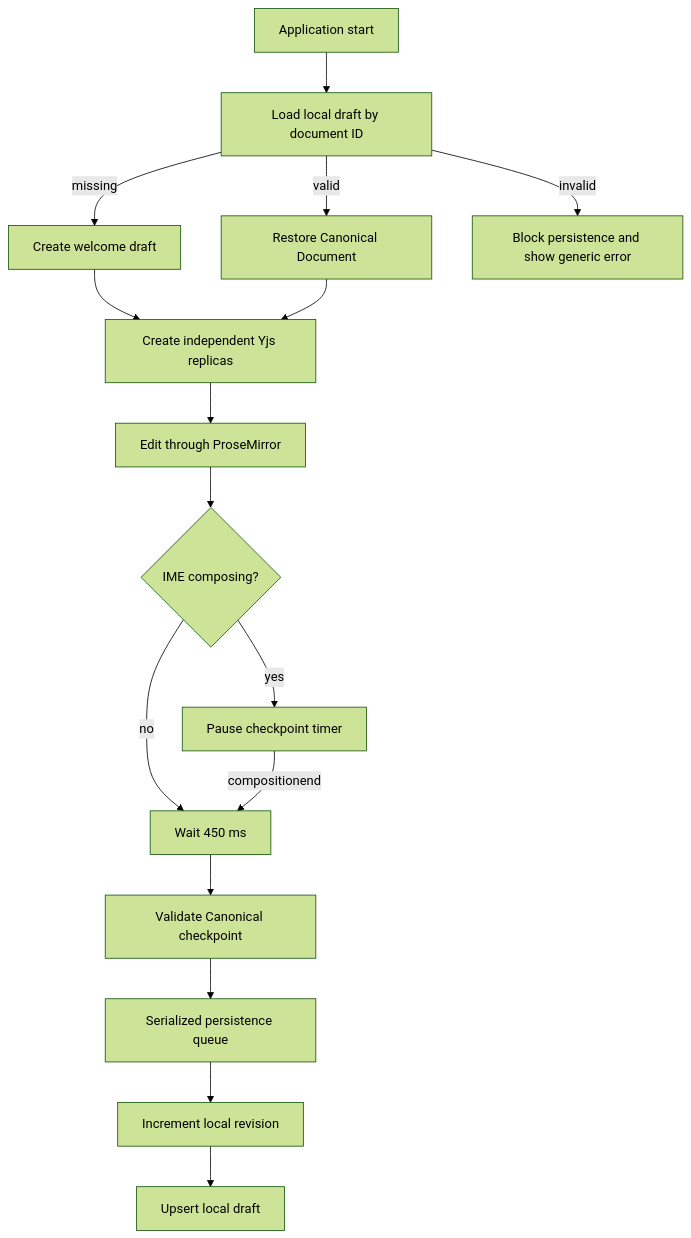
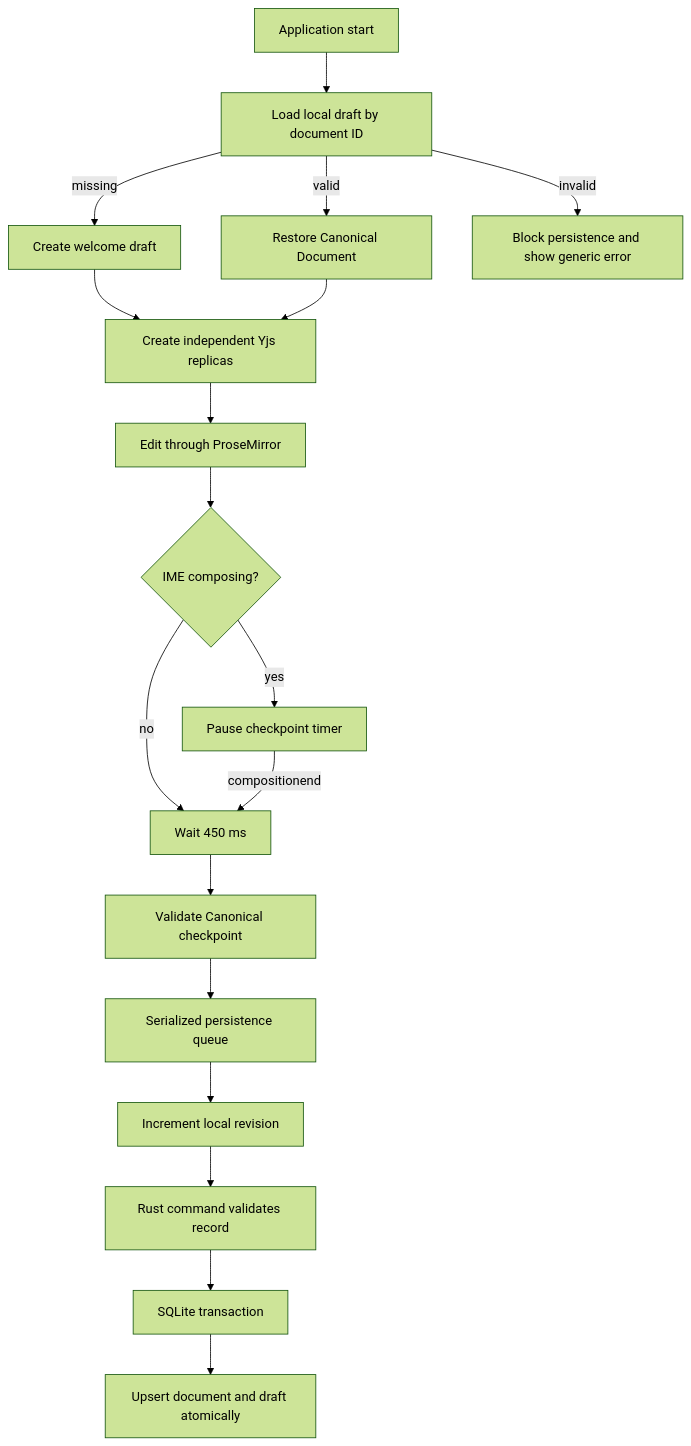
One commit to matsushibadenki/KOMYAKU changed the diagram in docs/architecture/local-draft-recovery.md. Above: the diagram before and after it, drawn with Mermaid (forest theme). The commit also changed other lines of this file and 11 other files, not shown here.

````diff
--- a/docs/architecture/local-draft-recovery.md
+++ b/docs/architecture/local-draft-recovery.md
@@ -18,18 +18,20 @@
 ```mermaid
 flowchart TD
     A[Application start] --> B[Load local draft by document ID]
     B -->|missing| C[Create welcome draft]
     B -->|valid| D[Restore Canonical Document]
     B -->|invalid| E[Block persistence and show generic error]
     C --> F[Create independent Yjs replicas]
     D --> F
     F --> G[Edit through ProseMirror]
     G --> H{IME composing?}
     H -->|yes| I[Pause checkpoint timer]
     H -->|no| J[Wait 450 ms]
     I -->|compositionend| J
     J --> K[Validate Canonical checkpoint]
     K --> L[Serialized persistence queue]
     L --> M[Increment local revision]
-    M --> N[Upsert local draft]
+    M --> N[Rust command validates record]
+    N --> O[SQLite transaction]
+    O --> P[Upsert document and draft atomically]
 ```
````
